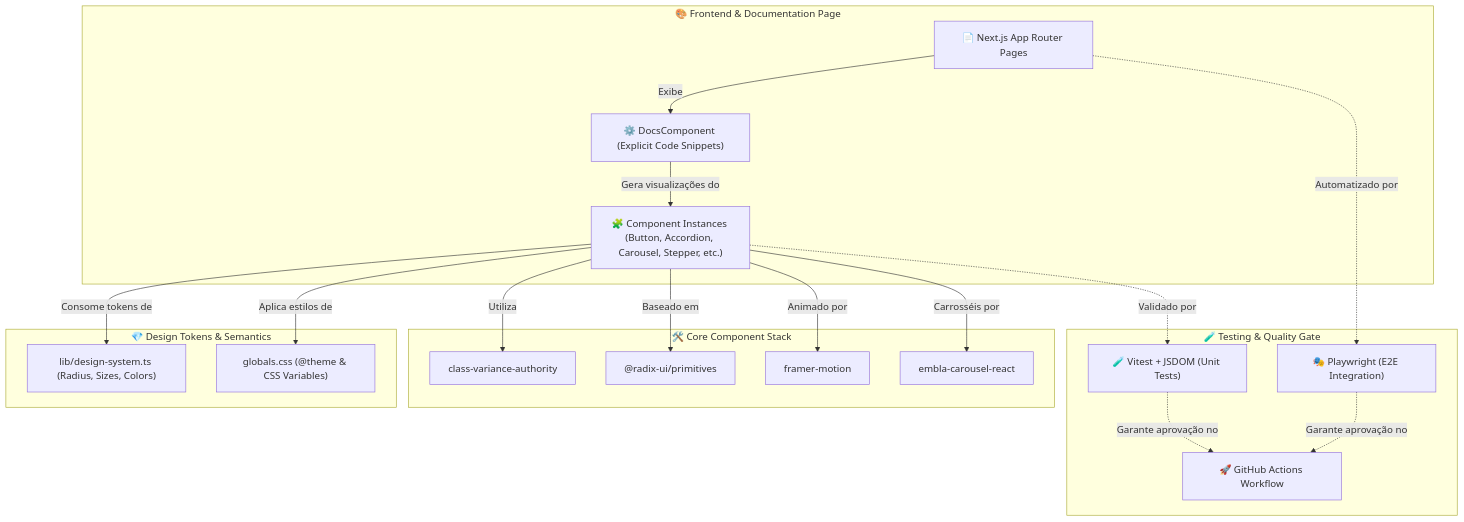
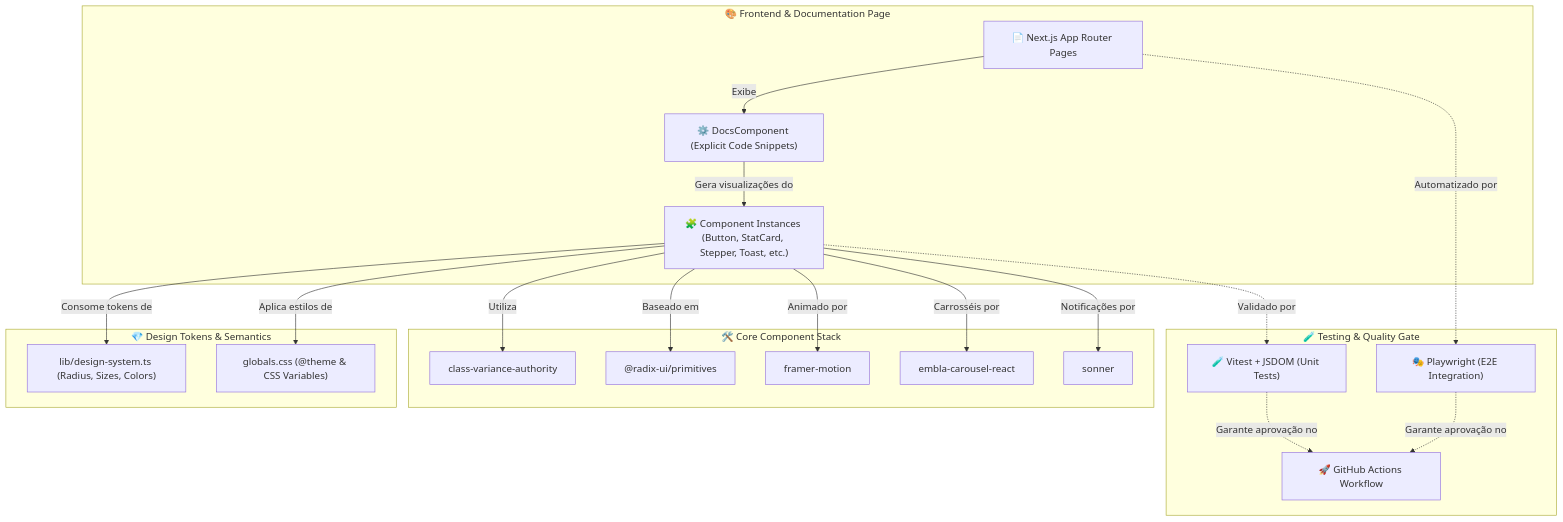
Before and after one commit to gui-bus/Bloom: the first of 2 diagrams in README.md, drawn with Mermaid. The commit also changed other lines of this file and 1 other file, not shown here.

````diff
--- a/README.md
+++ b/README.md
@@ -72,40 +72,42 @@
 ```mermaid
 graph TB
     subgraph Client ["🎨 Frontend & Documentation Page"]
         DocPage["📄 Next.js App Router Pages"]
         DocsComponent["⚙️ DocsComponent (Explicit Code Snippets)"]
-        UI["🧩 Component Instances (Button, Accordion, Carousel, Stepper, etc.)"]
+        UI["🧩 Component Instances (Button, StatCard, Stepper, Toast, etc.)"]
     end
 
     subgraph Core ["💎 Design Tokens & Semantics"]
         Tokens["lib/design-system.ts (Radius, Sizes, Colors)"]
         GlobalsCSS["globals.css (@theme & CSS Variables)"]
     end
 
     subgraph Engine ["🛠️ Core Component Stack"]
         CVA["class-variance-authority"]
         Radix["@radix-ui/primitives"]
         Motion["framer-motion"]
         Embla["embla-carousel-react"]
+        Sonner["sonner"]
     end
 
     subgraph CI ["🧪 Testing & Quality Gate"]
         Vitest["🧪 Vitest + JSDOM (Unit Tests)"]
         Playwright["🎭 Playwright (E2E Integration)"]
         Actions["🚀 GitHub Actions Workflow"]
     end
 
     DocPage -->|Exibe| DocsComponent
     DocsComponent -->|Gera visualizações do| UI
     UI -->|Consome tokens de| Tokens
     UI -->|Aplica estilos de| GlobalsCSS
     UI -->|Utiliza| CVA
     UI -->|Baseado em| Radix
     UI -->|Animado por| Motion
     UI -->|Carrosséis por| Embla
+    UI -->|Notificações por| Sonner
     
     UI -.->|Validado por| Vitest
     DocPage -.->|Automatizado por| Playwright
     Vitest -.->|Garante aprovação no| Actions
     Playwright -.->|Garante aprovação no| Actions
 ```
````
